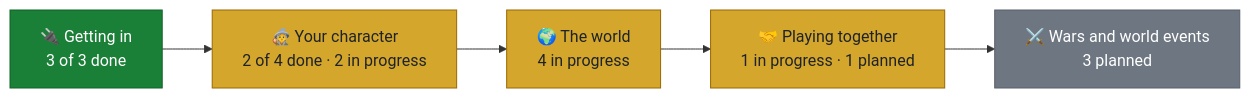
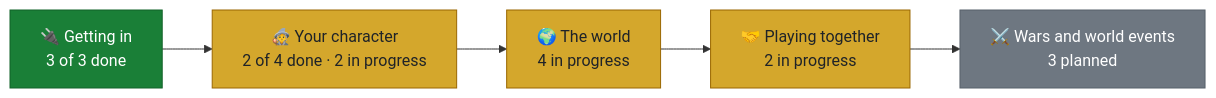
The first of 2 diagrams in README.md (cyborqz/SandalCore), drawn with Mermaid before and after one commit. The commit also changed other lines of this file and 29 other files, not shown here.

````diff
--- a/README.md
+++ b/README.md
@@ -19,12 +19,12 @@
 ```mermaid
 flowchart LR
     A["🔌 Getting in<br/>3 of 3 done"]:::done
     B["🧙 Your character<br/>2 of 4 done · 2 in progress"]:::wip
     C["🌍 The world<br/>4 in progress"]:::wip
-    D["🤝 Playing together<br/>1 in progress · 1 planned"]:::wip
+    D["🤝 Playing together<br/>2 in progress"]:::wip
     E["⚔️ Wars and world events<br/>3 planned"]:::todo
     A --> B --> C --> D --> E
     classDef done fill:#1a7f37,stroke:#116329,color:#ffffff
     classDef wip fill:#d4a72c,stroke:#9a6700,color:#1f2328
     classDef todo fill:#6e7781,stroke:#57606a,color:#ffffff
 ```
````
